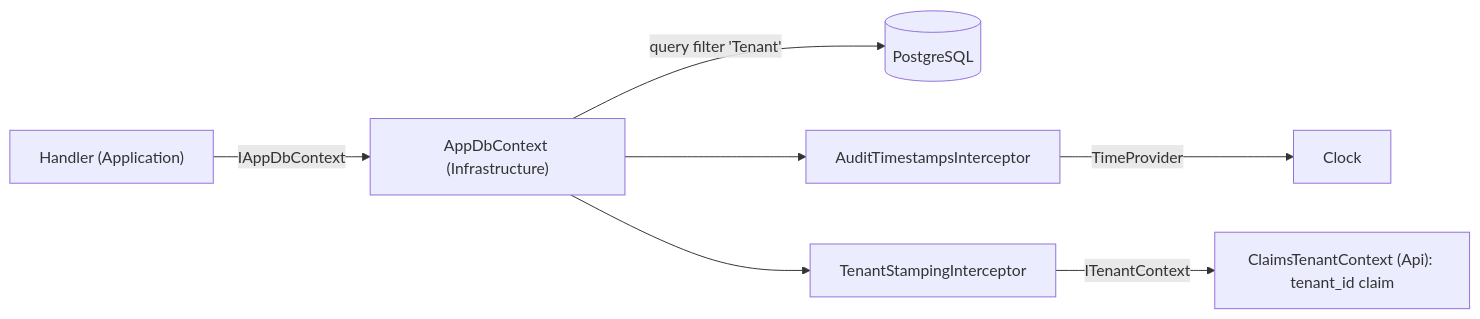
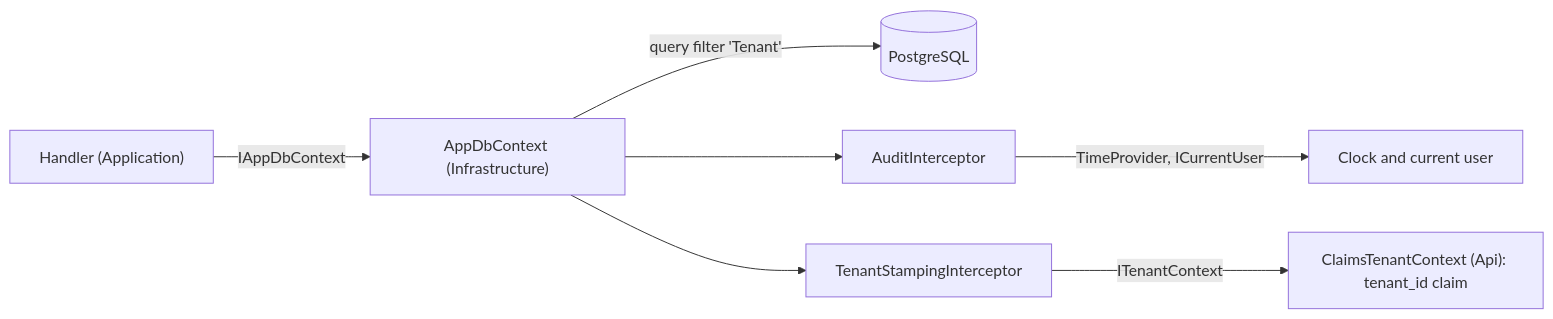
The second of 2 diagrams in docs/architecture.md (shabbyheart/dot_net_boilerplate), drawn with Mermaid before and after one commit. The commit also changed other lines of this file and 37 other files, not shown here.

First line of the commit message:
M5: authentication foundation (JWT bearer, deny by default, current user)

````diff
--- a/docs/architecture.md
+++ b/docs/architecture.md
@@ -70,9 +82,9 @@
 ```mermaid
 flowchart LR
   Handler["Handler (Application)"] -->|IAppDbContext| Ctx["AppDbContext (Infrastructure)"]
   Ctx -->|query filter 'Tenant'| PG[(PostgreSQL)]
-  Ctx --> I1[AuditTimestampsInterceptor]
+  Ctx --> I1[AuditInterceptor]
   Ctx --> I2[TenantStampingInterceptor]
-  I1 -->|TimeProvider| Clock[Clock]
+  I1 -->|TimeProvider, ICurrentUser| Clock["Clock and current user"]
   I2 -->|ITenantContext| Tenant["ClaimsTenantContext (Api): tenant_id claim"]
 ```
````
